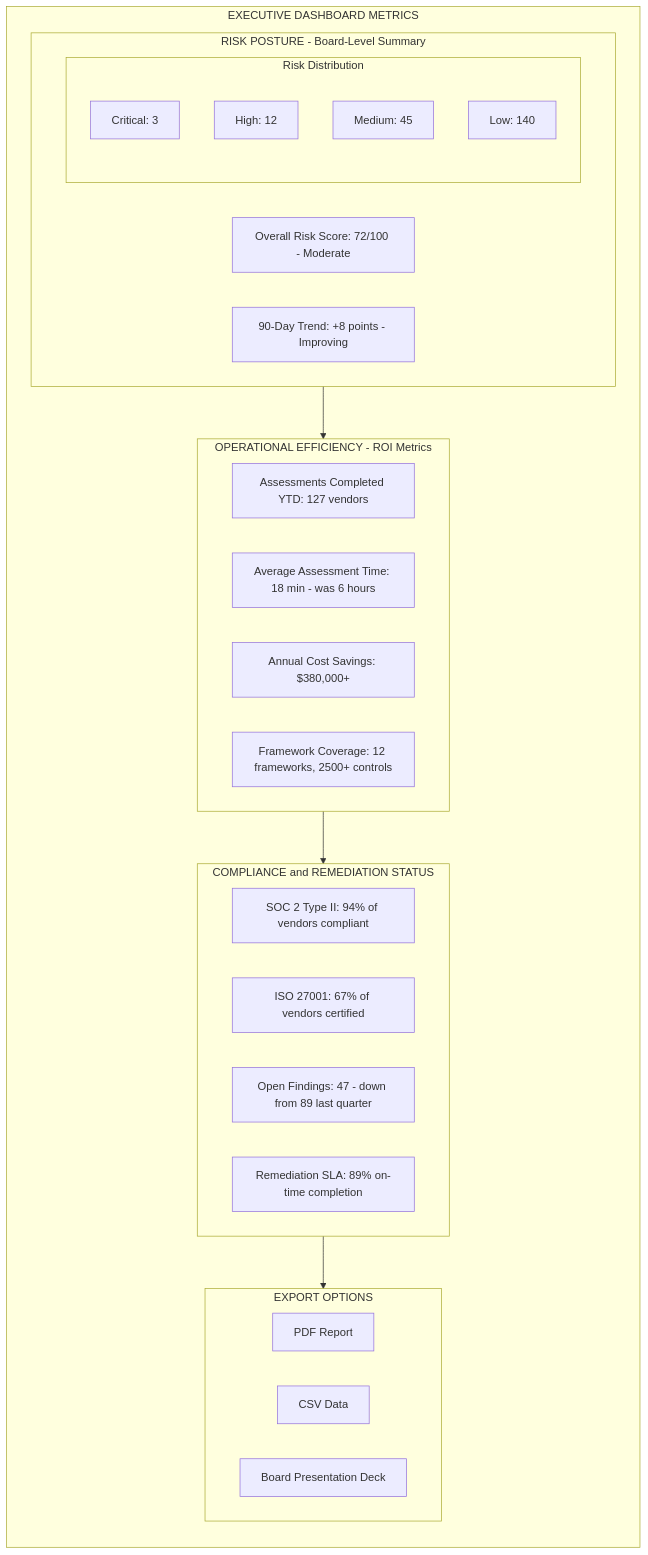
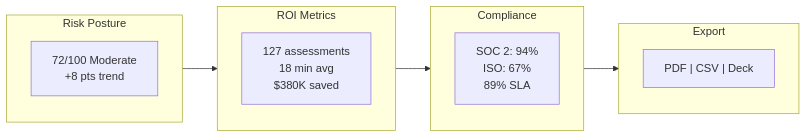
One commit to akash-s-halalli/VendorAuditAI changed the sixth of 8 diagrams in README.md. Above: the diagram before and after it, drawn with Mermaid. The commit also changed other lines of this file, not shown here.

Commit message:
DOCS: Simplify Challenge 3 and 6 Mermaid diagrams

````diff
--- a/README.md
+++ b/README.md
@@ -410,41 +355,16 @@
 ```mermaid
-flowchart TB
-    subgraph DASHBOARD["EXECUTIVE DASHBOARD METRICS"]
-        direction TB
-
-        subgraph RISK["RISK POSTURE - Board-Level Summary"]
-            R1["Overall Risk Score: 72/100 - Moderate"]
-            R2["90-Day Trend: +8 points - Improving"]
-            subgraph DIST["Risk Distribution"]
-                D1["Critical: 3"]
-                D2["High: 12"]
-                D3["Medium: 45"]
-                D4["Low: 140"]
-            end
-        end
-
-        subgraph OPS["OPERATIONAL EFFICIENCY - ROI Metrics"]
-            O1["Assessments Completed YTD: 127 vendors"]
-            O2["Average Assessment Time: 18 min - was 6 hours"]
-            O3["Annual Cost Savings: $380,000+"]
-            O4["Framework Coverage: 12 frameworks, 2500+ controls"]
-        end
-
-        subgraph COMPLIANCE["COMPLIANCE and REMEDIATION STATUS"]
-            C1["SOC 2 Type II: 94% of vendors compliant"]
-            C2["ISO 27001: 67% of vendors certified"]
-            C3["Open Findings: 47 - down from 89 last quarter"]
-            C4["Remediation SLA: 89% on-time completion"]
-        end
-
-        subgraph EXPORT["EXPORT OPTIONS"]
-            E1["PDF Report"]
-            E2["CSV Data"]
-            E3["Board Presentation Deck"]
-        end
-
-        RISK --> OPS
-        OPS --> COMPLIANCE
-        COMPLIANCE --> EXPORT
+flowchart LR
+    subgraph RISK["Risk Posture"]
+        R["72/100 Moderate<br/>+8 pts trend"]
     end
+    subgraph OPS["ROI Metrics"]
+        O["127 assessments<br/>18 min avg<br/>$380K saved"]
+    end
+    subgraph COMP["Compliance"]
+        C["SOC 2: 94%<br/>ISO: 67%<br/>89% SLA"]
+    end
+    subgraph EXP["Export"]
+        E["PDF | CSV | Deck"]
+    end
+    RISK --> OPS --> COMP --> EXP
 ```
````
